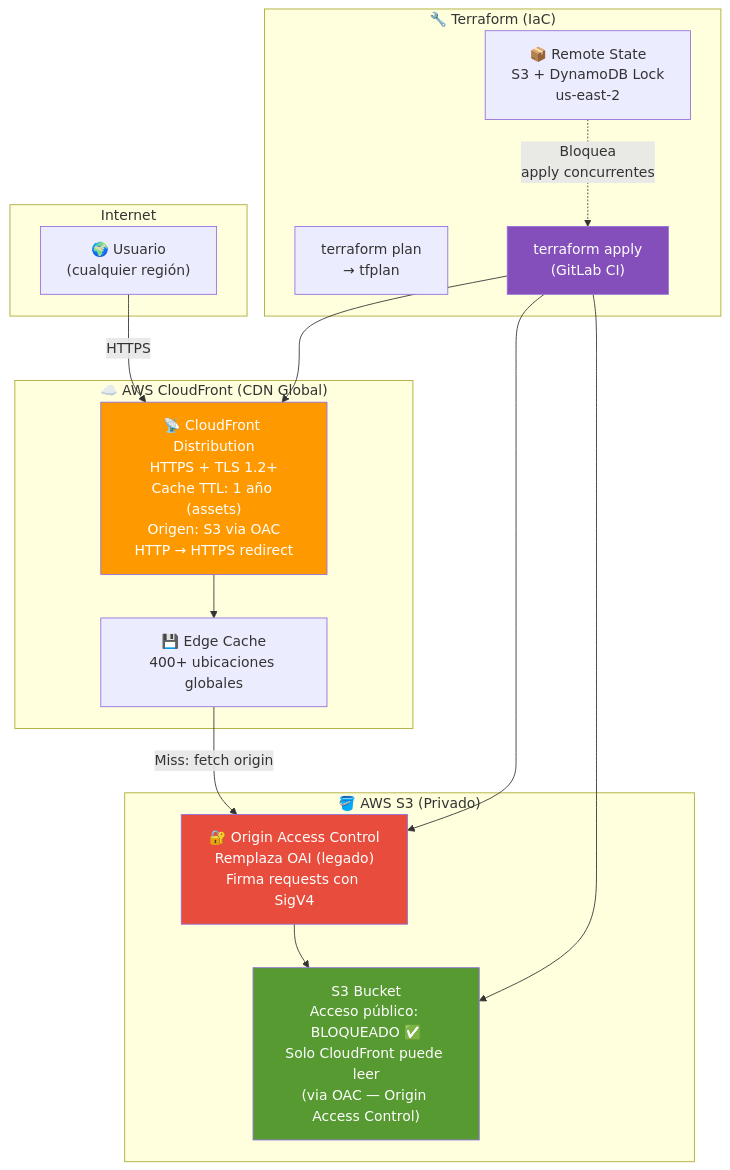
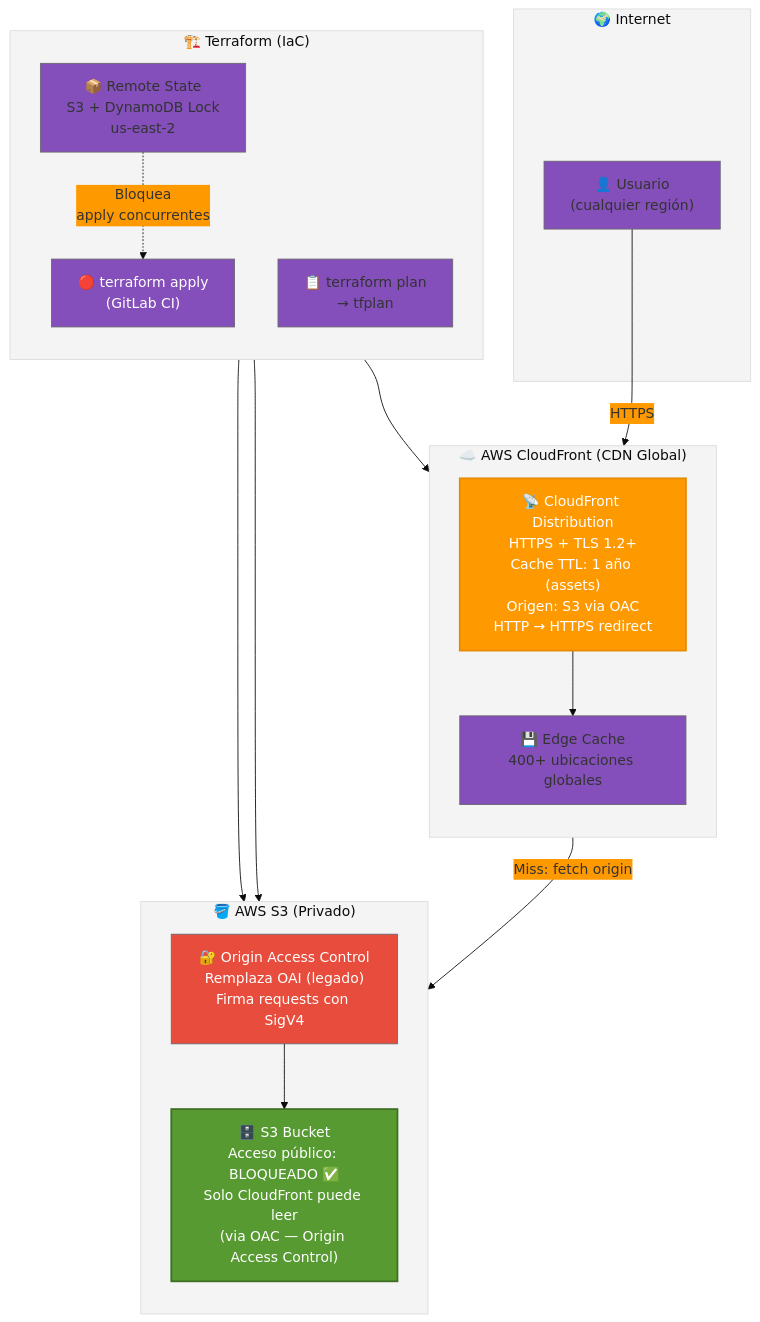
Before and after one commit to vladimiracunadev-create/proyectos-aws: the first of 3 diagrams in caso-c-terraform-s3/docs/architecture.md, drawn with Mermaid. The commit also changed other lines of this file and 6 other files, not shown here.

Commit message:
docs: mass optimization of architecture diagrams for all completed cases (A, B, C, D, J, K, L) - vertical flow and premium styles

````diff
--- a/caso-c-terraform-s3/docs/architecture.md
+++ b/caso-c-terraform-s3/docs/architecture.md
@@ -23,36 +23,40 @@
 ```mermaid
+%%{init: {'theme': 'base', 'themeVariables': { 'primaryColor': '#844FBA', 'secondaryColor': '#FF9900', 'tertiaryColor': '#f4f4f4', 'fontsize': '16px' }}}%%
 graph TB
-    subgraph Internet
-        User["🌍 Usuario\n(cualquier región)"]
+    subgraph Internet["🌍 Internet"]
+        User["👤 Usuario\n(cualquier región)"]
     end
 
     subgraph CloudFront_Layer["☁️ AWS CloudFront (CDN Global)"]
+        direction TB
         CF["📡 CloudFront Distribution\nHTTPS + TLS 1.2+\nCache TTL: 1 año (assets)\nOrigen: S3 via OAC\nHTTP → HTTPS redirect"]
         EdgeCache["💾 Edge Cache\n400+ ubicaciones globales"]
     end
 
     subgraph S3_Layer["🪣 AWS S3 (Privado)"]
-        Bucket["S3 Bucket\nAcceso público: BLOQUEADO ✅\nSolo CloudFront puede leer\n(via OAC — Origin Access Control)"]
+        direction TB
+        Bucket["🗄️ S3 Bucket\nAcceso público: BLOQUEADO ✅\nSolo CloudFront puede leer\n(via OAC — Origin Access Control)"]
         OAC["🔐 Origin Access Control\nRemplaza OAI (legado)\nFirma requests con SigV4"]
     end
 
-    subgraph IaC["🔧 Terraform (IaC)"]
+    subgraph IaC["🏗️ Terraform (IaC)"]
+        direction TB
         TF_State["📦 Remote State\nS3 + DynamoDB Lock\nus-east-2"]
-        TF_Plan["terraform plan\n→ tfplan"]
-        TF_Apply["terraform apply\n(GitLab CI)"]
+        TF_Plan["📋 terraform plan\n→ tfplan"]
+        TF_Apply["🔴 terraform apply\n(GitLab CI)"]
     end
 
     User -->|"HTTPS"| CF
     CF --> EdgeCache
     EdgeCache -->|"Miss: fetch origin"| OAC
     OAC --> Bucket
     TF_Apply --> CF
     TF_Apply --> Bucket
     TF_Apply --> OAC
     TF_State -.->|"Bloquea\napply concurrentes"| TF_Apply
 
-    style CF fill:#FF9900,color:#fff
-    style Bucket fill:#569A31,color:#fff
+    style CF fill:#FF9900,color:#fff,stroke:#e68a00,stroke-width:2px
+    style Bucket fill:#569A31,color:#fff,stroke:#3d6e22,stroke-width:2px
     style OAC fill:#E74C3C,color:#fff
     style TF_Apply fill:#844FBA,color:#fff
 ```
````
